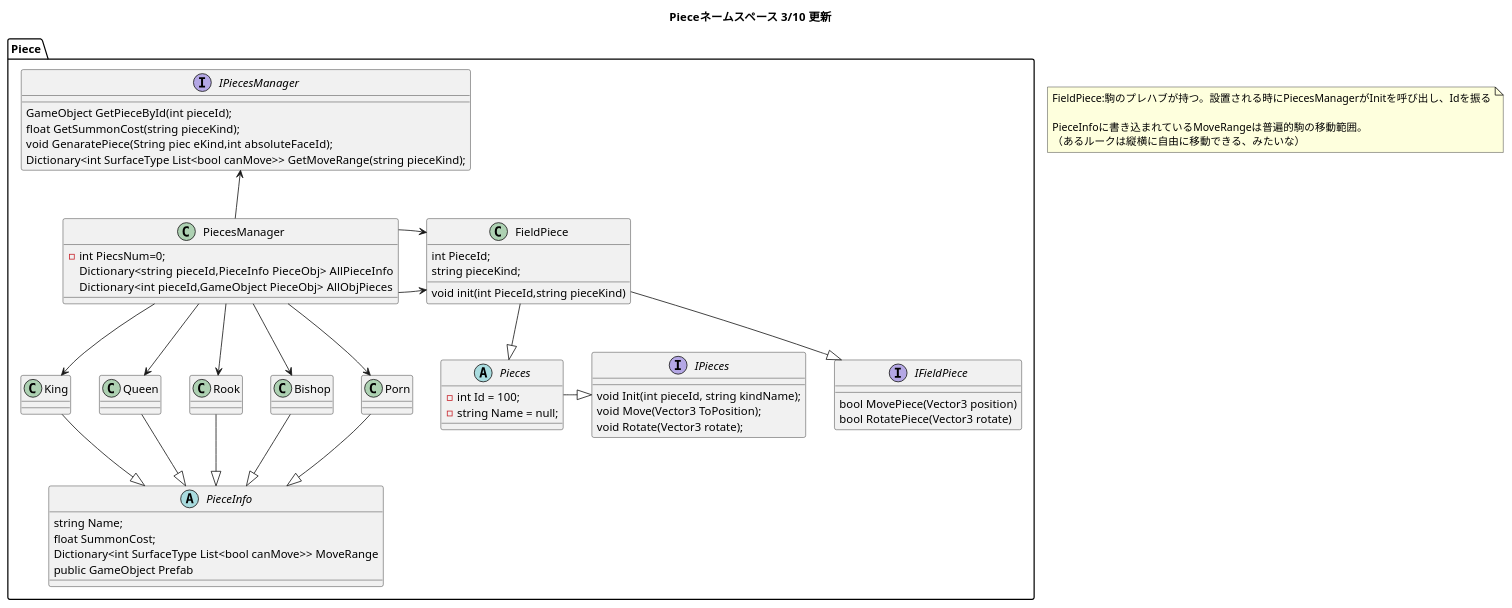
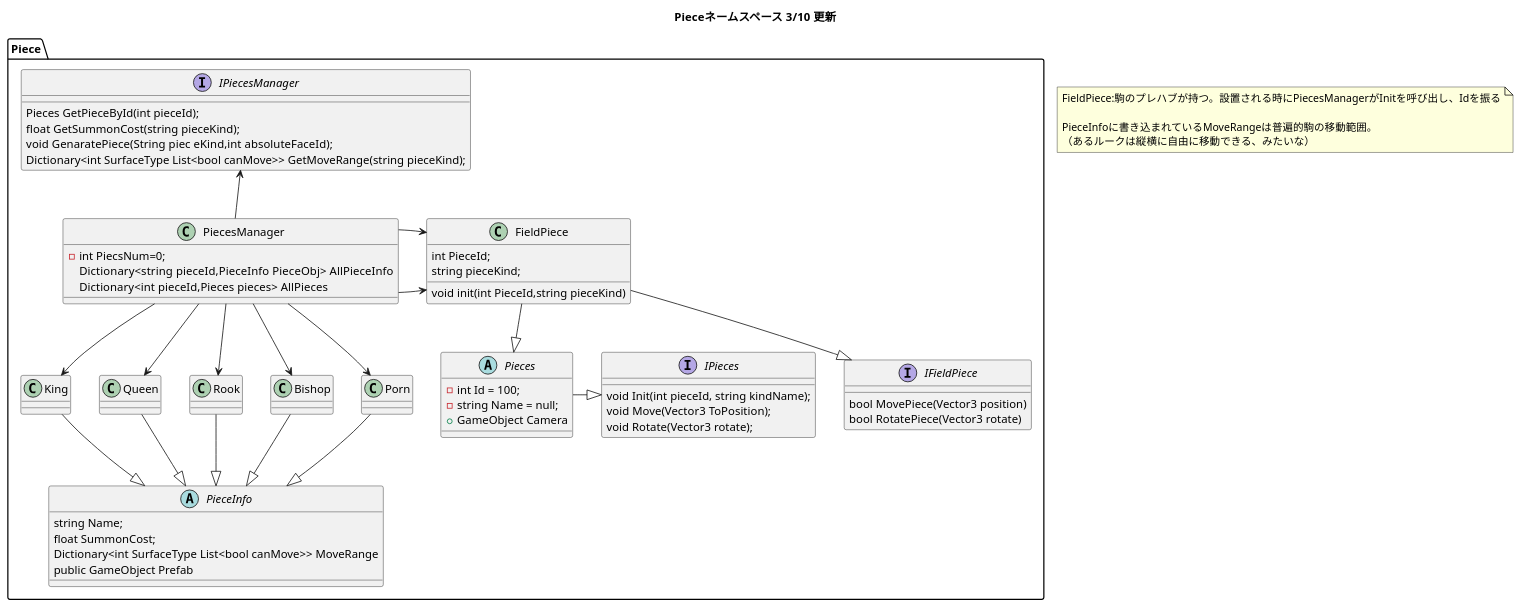
One commit to tora314/3dBoardGame changed the diagram in UML/3DBoardGame_Pieces.pu. Above: the diagram before and after it, drawn with PlantUML. The commit also changed 2 other files, not shown here.

```diff
--- a/UML/3DBoardGame_Pieces.pu
+++ b/UML/3DBoardGame_Pieces.pu
@@ -1,81 +1,82 @@
 @startuml
 
 
 namespace  Piece{
     title Pieceネームスペース 3/10 更新
 
     interface IFieldPiece{
         bool MovePiece(Vector3 position)
         bool RotatePiece(Vector3 rotate)
     }
 
     interface IPieces{
       void Init(int pieceId, string kindName);
       void Move(Vector3 ToPosition);
       void Rotate(Vector3 rotate);
     }
 
     interface IPiecesManager{
-        GameObject GetPieceById(int pieceId);
+        Pieces GetPieceById(int pieceId);
         float GetSummonCost(string pieceKind);
         void GenaratePiece(String piec  eKind,int absoluteFaceId);
         Dictionary<int SurfaceType List<bool canMove>> GetMoveRange(string pieceKind);
     }
 
     abstract Pieces{
       - int Id = 100;
       - string Name = null;
+      + GameObject Camera
     }
 
     class PiecesManager{
         -int PiecsNum=0;
         Dictionary<string  pieceId,PieceInfo  PieceObj> AllPieceInfo
-        Dictionary<int  pieceId,GameObject PieceObj> AllObjPieces
+        Dictionary<int  pieceId,Pieces pieces> AllPieces
     }
 
     abstract  PieceInfo{
       string Name;
       float SummonCost;
       Dictionary<int SurfaceType List<bool canMove>> MoveRange
       public GameObject Prefab
     }
 
     class FieldPiece{
       int PieceId;
       string pieceKind;
       void init(int PieceId,string pieceKind)
     }
 
     King -d-|>PieceInfo
     Queen -d-|>PieceInfo
     Rook -d-|>PieceInfo
     Bishop -d-|>PieceInfo
     Porn -d-|>PieceInfo
 
     PiecesManager-->King
     PiecesManager-->Queen
     PiecesManager-->Rook
     PiecesManager-->Bishop
     PiecesManager-->Porn
 
     PiecesManager-u->IPiecesManager
     PiecesManager-r->FieldPiece
 
     FieldPiece --|>IFieldPiece
 
     Pieces-r-|>IPieces
 
 }
 
 FieldPiece-d-|>Piece.Pieces
 Piece.PiecesManager-d->FieldPiece
 
 
 note as note1
 FieldPiece:駒のプレハブが持つ。設置される時にPiecesManagerがInitを呼び出し、Idを振る
 
 PieceInfoに書き込まれているMoveRangeは普遍的駒の移動範囲。
 （あるルークは縦横に自由に移動できる、みたいな）
 end note
 
 @enduml
```
